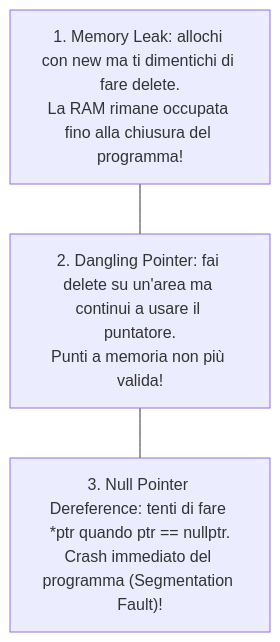
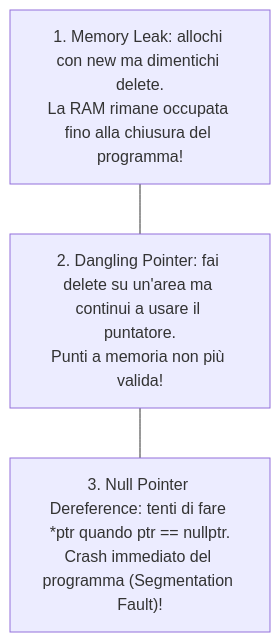
Before and after one commit to Ale3086/AppuntiAleCas: the fourth of 4 diagrams in content/Informatica/Cpp/Puntatori.md, drawn with Mermaid. The commit also changed other lines of this file and 119 other files, not shown here.

````diff
--- a/content/Informatica/Cpp/Puntatori.md
+++ b/content/Informatica/Cpp/Puntatori.md
@@ -167,8 +168,8 @@
 ```mermaid
 flowchart TD
-    E1["1. Memory Leak: allochi con new ma ti dimentichi di fare delete.<br>La RAM rimane occupata fino alla chiusura del programma!"]
+    E1["1. Memory Leak: allochi con new ma dimentichi delete.<br>La RAM rimane occupata fino alla chiusura del programma!"]
     E2["2. Dangling Pointer: fai delete su un'area ma continui a usare il puntatore.<br>Punti a memoria non più valida!"]
     E3["3. Null Pointer Dereference: tenti di fare *ptr quando ptr == nullptr.<br>Crash immediato del programma (Segmentation Fault)!"]
 
     E1 --- E2 --- E3
 ```
````
